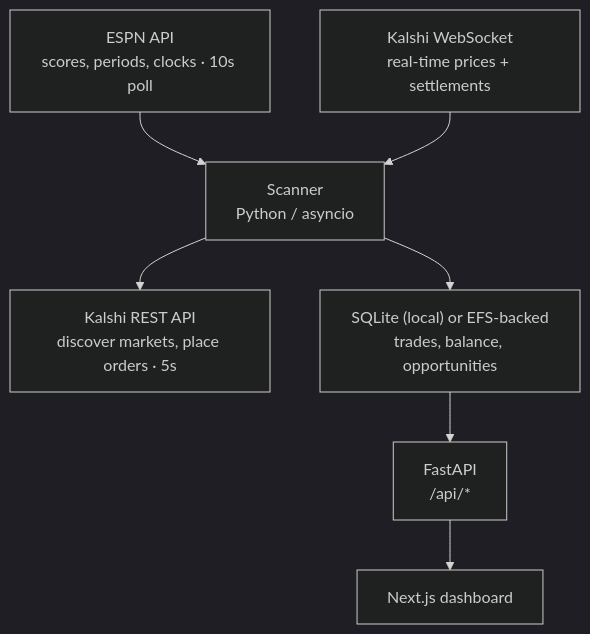
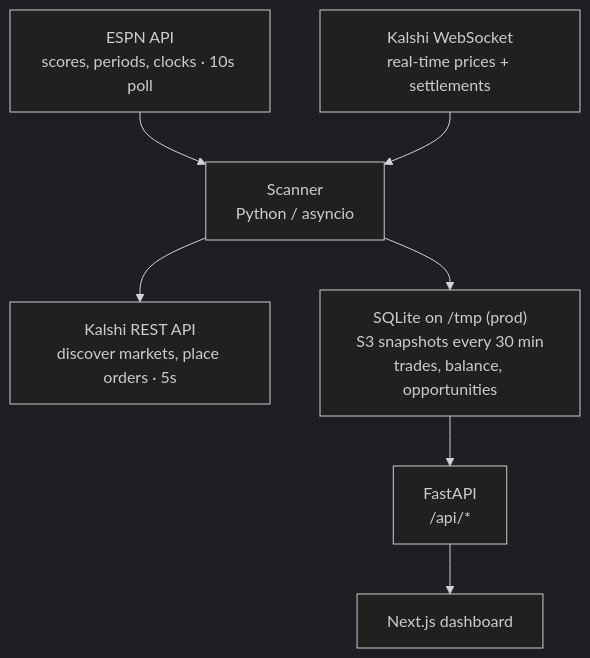
Before and after one commit to petrapa6/kalshi-trading: the diagram in README.md, drawn with Mermaid (dark theme). The commit also changed 2 other files, not shown here.

Commit message:
chore: remove redundant asyncio import + fix EFS doc drift
- kalshi_client._rate_limit had 'import asyncio' inside the function
  body — asyncio was already imported at module top. Delete the inner
  import. Cosmetic only; no behaviour change.
- README architecture mermaid DB node previously read 'SQLite (local)
  or EFS-backed' — but SST never mounted EFS. Corrected to 'SQLite on
  /tmp (prod), S3 snapshots every 30 min' to match actual infrastructure.
- docs/project.md Known Issues entry for the EFS drift reworded to
  describe the real durability mechanism (tmpfs + S3 snapshot) now that
  the README mermaid is accurate.

````diff
--- a/README.md
+++ b/README.md
@@ -11,17 +11,17 @@
 ```mermaid
 graph TD
     ESPN["ESPN API<br/>scores, periods, clocks · 10s poll"]
     KWS["Kalshi WebSocket<br/>real-time prices + settlements"]
     KREST["Kalshi REST API<br/>discover markets, place orders · 5s"]
     SCANNER["Scanner<br/>Python / asyncio"]
-    DB["SQLite (local) or EFS-backed<br/>trades, balance, opportunities"]
+    DB["SQLite on /tmp (prod)<br/>S3 snapshots every 30 min<br/>trades, balance, opportunities"]
     API["FastAPI<br/>/api/*"]
     DASH["Next.js dashboard"]
 
     ESPN --> SCANNER
     KWS --> SCANNER
     SCANNER --> DB
     SCANNER --> KREST
     DB --> API
     API --> DASH
 ```
````
